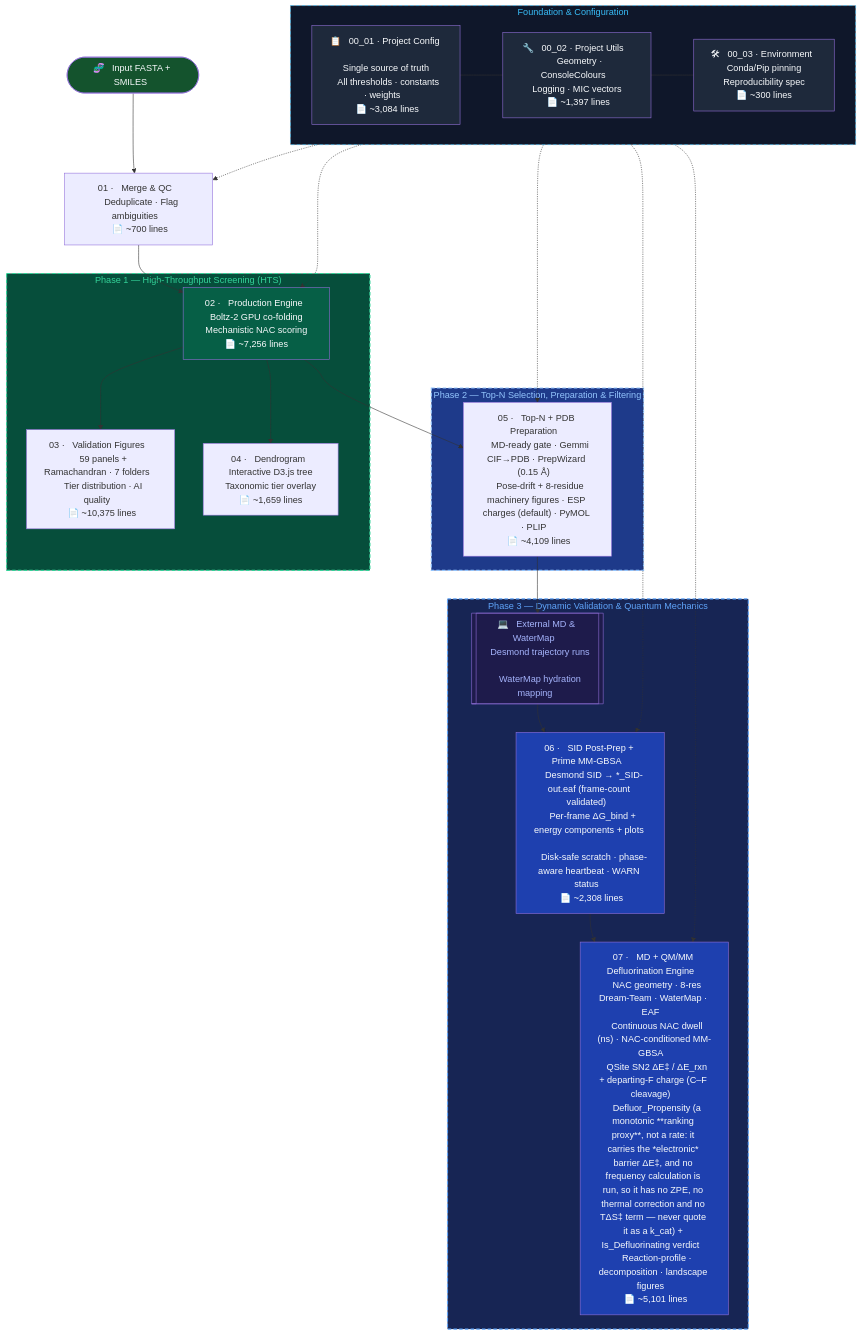
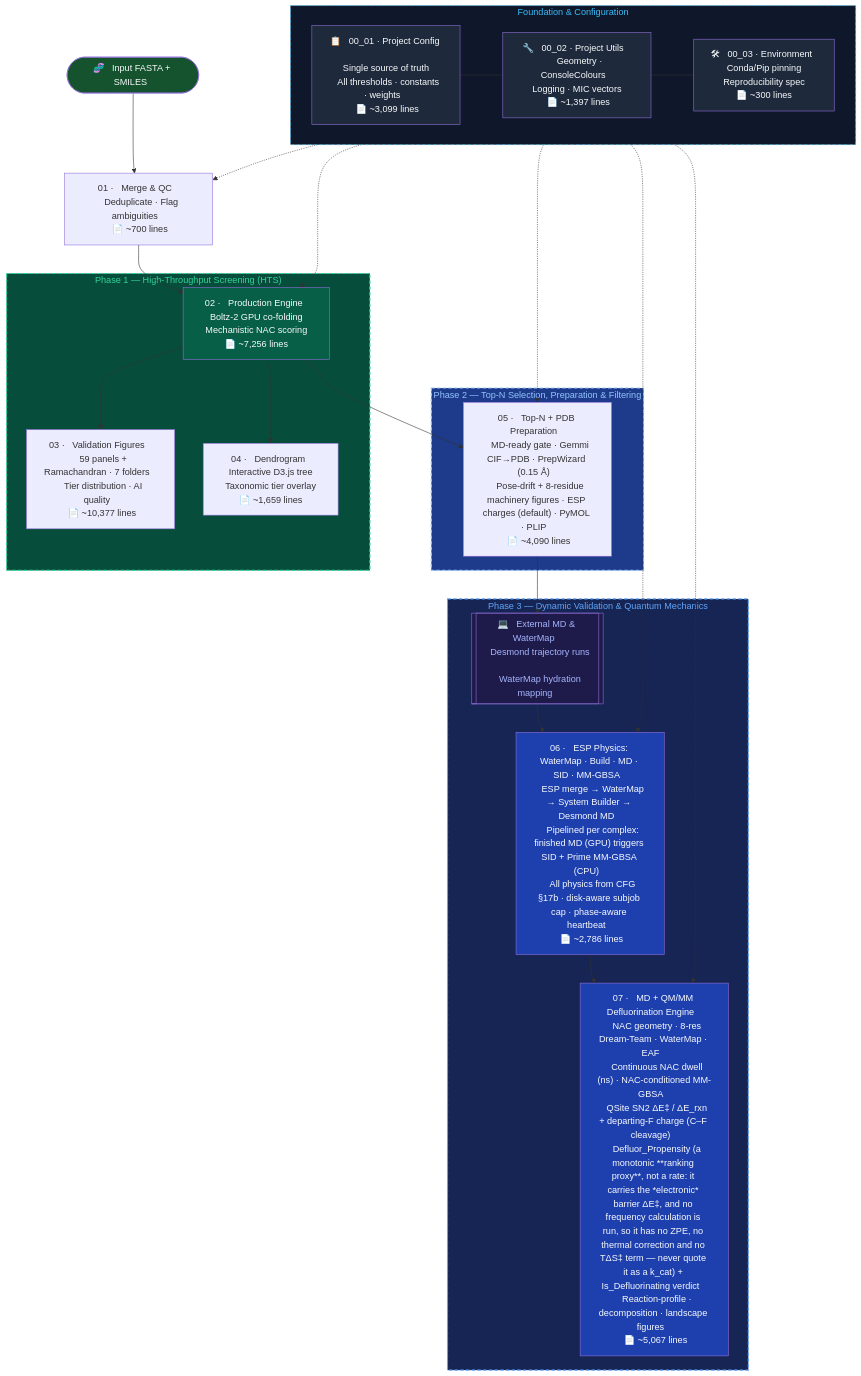
The diagram in README.md (KU-MGB/DeFluorX), drawn with Mermaid before and after one commit. The commit also changed other lines of this file and 9 other files, not shown here.

````diff
--- a/README.md
+++ b/README.md
@@ -190,56 +190,56 @@
 ```mermaid
 flowchart TD
     subgraph FOUNDATION["  Foundation & Configuration  "]
-        CFG["📋 &nbsp; 00_01 · Project Config &nbsp; \n &nbsp; Single source of truth &nbsp; \n &nbsp; All thresholds · constants · weights &nbsp; \n &nbsp; 📄 ~3,084 lines &nbsp; "]
+        CFG["📋 &nbsp; 00_01 · Project Config &nbsp; \n &nbsp; Single source of truth &nbsp; \n &nbsp; All thresholds · constants · weights &nbsp; \n &nbsp; 📄 ~3,099 lines &nbsp; "]
         UTL["🔧 &nbsp; 00_02 · Project Utils &nbsp; \n &nbsp; Geometry · ConsoleColours &nbsp; \n &nbsp; Logging · MIC vectors &nbsp; \n &nbsp; 📄 ~1,397 lines &nbsp; "]
         ENV["🛠 &nbsp; 00_03 · Environment &nbsp; \n &nbsp; Conda/Pip pinning &nbsp; \n &nbsp; Reproducibility spec &nbsp; \n &nbsp; 📄 ~300 lines &nbsp; "]
         CFG --- UTL --- ENV
     end
 
     START(["🧬 &nbsp; Input FASTA + SMILES &nbsp;"]) --> M1
     M1["01 · &nbsp; Merge & QC &nbsp; \n &nbsp; Deduplicate · Flag ambiguities &nbsp; \n &nbsp; 📄 ~700 lines &nbsp; "] --> M2
 
     subgraph PHASE1["  Phase 1 — High-Throughput Screening (HTS)  "]
         M2["02 · &nbsp; Production Engine &nbsp; \n &nbsp; Boltz-2 GPU co-folding &nbsp; \n &nbsp; Mechanistic NAC scoring &nbsp; \n &nbsp; 📄 ~7,256 lines &nbsp; "]
-        M3["03 · &nbsp; Validation Figures &nbsp; \n &nbsp; 59 panels + Ramachandran · 7 folders &nbsp; \n &nbsp; Tier distribution · AI quality &nbsp; \n &nbsp; 📄 ~10,375 lines &nbsp; "]
+        M3["03 · &nbsp; Validation Figures &nbsp; \n &nbsp; 59 panels + Ramachandran · 7 folders &nbsp; \n &nbsp; Tier distribution · AI quality &nbsp; \n &nbsp; 📄 ~10,377 lines &nbsp; "]
         M4["04 · &nbsp; Dendrogram &nbsp; \n &nbsp; Interactive D3.js tree &nbsp; \n &nbsp; Taxonomic tier overlay &nbsp; \n &nbsp; 📄 ~1,659 lines &nbsp; "]
         M2 --> M3
         M2 --> M4
     end
 
     M2 --> M5
 
     subgraph PHASE2["  Phase 2 — Top-N Selection, Preparation & Filtering  "]
-        M5["05 · &nbsp; Top-N + PDB Preparation &nbsp; \n &nbsp; MD-ready gate · Gemmi CIF→PDB · PrepWizard (0.15 Å) &nbsp; \n &nbsp; Pose-drift + 8-residue machinery figures · ESP charges (default) · PyMOL · PLIP &nbsp; \n &nbsp; 📄 ~4,109 lines &nbsp; "]
+        M5["05 · &nbsp; Top-N + PDB Preparation &nbsp; \n &nbsp; MD-ready gate · Gemmi CIF→PDB · PrepWizard (0.15 Å) &nbsp; \n &nbsp; Pose-drift + 8-residue machinery figures · ESP charges (default) · PyMOL · PLIP &nbsp; \n &nbsp; 📄 ~4,090 lines &nbsp; "]
     end
 
     M5 --> EXT_MD
 
     subgraph PHASE3["  Phase 3 — Dynamic Validation & Quantum Mechanics  "]
         EXT_MD[["💻 &nbsp; External MD & WaterMap &nbsp; \n &nbsp; Desmond trajectory runs &nbsp; \n &nbsp; WaterMap hydration mapping &nbsp;"]]
-        M6["06 · &nbsp; SID Post-Prep + Prime MM-GBSA &nbsp; \n &nbsp; Desmond SID → *_SID-out.eaf (frame-count validated) &nbsp; \n &nbsp; Per-frame ΔG_bind + energy components + plots &nbsp; \n &nbsp; Disk-safe scratch · phase-aware heartbeat · WARN status &nbsp; \n &nbsp; 📄 ~2,308 lines &nbsp; "]
-        M7["07 · &nbsp; MD + QM/MM Defluorination Engine &nbsp; \n &nbsp; NAC geometry · 8-res Dream-Team · WaterMap · EAF &nbsp; \n &nbsp; Continuous NAC dwell (ns) · NAC-conditioned MM-GBSA &nbsp; \n &nbsp; QSite SN2 ΔE‡ / ΔE_rxn + departing-F charge (C–F cleavage) &nbsp; \n &nbsp; Defluor_Propensity (a monotonic **ranking proxy**, not a rate: it carries the *electronic* barrier ΔE‡, and no frequency calculation is run, so it has no ZPE, no thermal correction and no TΔS‡ term — never quote it as a k_cat) + Is_Defluorinating verdict &nbsp; \n &nbsp; Reaction-profile · decomposition · landscape figures &nbsp; \n &nbsp; 📄 ~5,101 lines &nbsp; "]
+        M6["06 · &nbsp; ESP Physics: WaterMap · Build · MD · SID · MM-GBSA &nbsp; \n &nbsp; ESP merge → WaterMap → System Builder → Desmond MD &nbsp; \n &nbsp; Pipelined per complex: finished MD (GPU) triggers SID + Prime MM-GBSA (CPU) &nbsp; \n &nbsp; All physics from CFG §17b · disk-aware subjob cap · phase-aware heartbeat &nbsp; \n &nbsp; 📄 ~2,786 lines &nbsp; "]
+        M7["07 · &nbsp; MD + QM/MM Defluorination Engine &nbsp; \n &nbsp; NAC geometry · 8-res Dream-Team · WaterMap · EAF &nbsp; \n &nbsp; Continuous NAC dwell (ns) · NAC-conditioned MM-GBSA &nbsp; \n &nbsp; QSite SN2 ΔE‡ / ΔE_rxn + departing-F charge (C–F cleavage) &nbsp; \n &nbsp; Defluor_Propensity (a monotonic **ranking proxy**, not a rate: it carries the *electronic* barrier ΔE‡, and no frequency calculation is run, so it has no ZPE, no thermal correction and no TΔS‡ term — never quote it as a k_cat) + Is_Defluorinating verdict &nbsp; \n &nbsp; Reaction-profile · decomposition · landscape figures &nbsp; \n &nbsp; 📄 ~5,067 lines &nbsp; "]
         EXT_MD --> M6 --> M7
     end
 
     %% Dependencies
     FOUNDATION -.-> M1
     FOUNDATION -.-> M2
     FOUNDATION -.-> M5
     FOUNDATION -.-> M6
     FOUNDATION -.-> M7
 
     style FOUNDATION fill:#0f172a,color:#38bdf8,stroke:#38bdf8
     style CFG fill:#1e293b,color:#f8fafc
     style UTL fill:#1e293b,color:#f8fafc
     style ENV fill:#1e293b,color:#f8fafc
     style PHASE1 fill:#064e3b,color:#34d399,stroke:#34d399,stroke-width:2px,stroke-dasharray: 6 4
     style PHASE2 fill:#1e3a8a,color:#93c5fd,stroke:#93c5fd,stroke-width:2px,stroke-dasharray: 6 4
     style PHASE3 fill:#172554,color:#60a5fa,stroke:#60a5fa,stroke-width:2px,stroke-dasharray: 6 4
     style FOUNDATION stroke-dasharray: 6 4
     style M2 fill:#065f46,color:#f8fafc
     style M6 fill:#1e40af,color:#f8fafc
     style M7 fill:#1e40af,color:#f8fafc
     style START fill:#14532d,color:#f8fafc
     style EXT_MD fill:#1e1b4b,color:#a5b4fc
 ```
````
